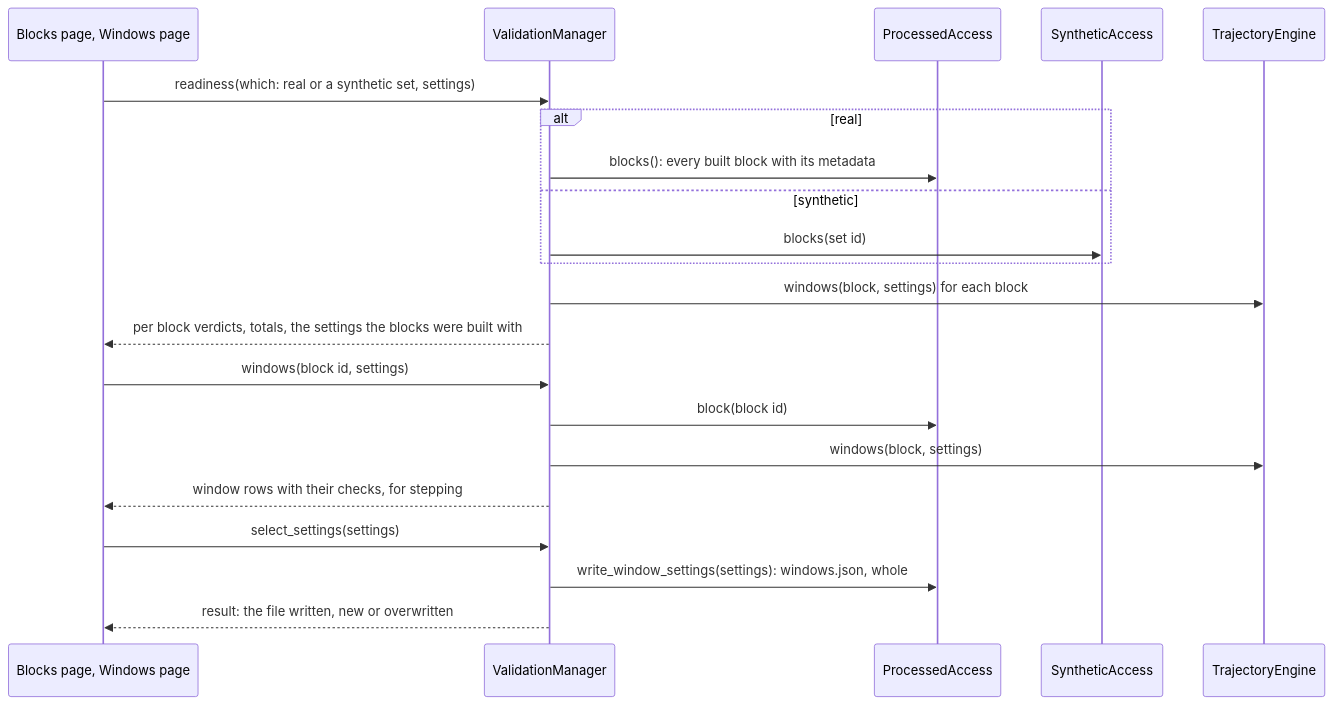
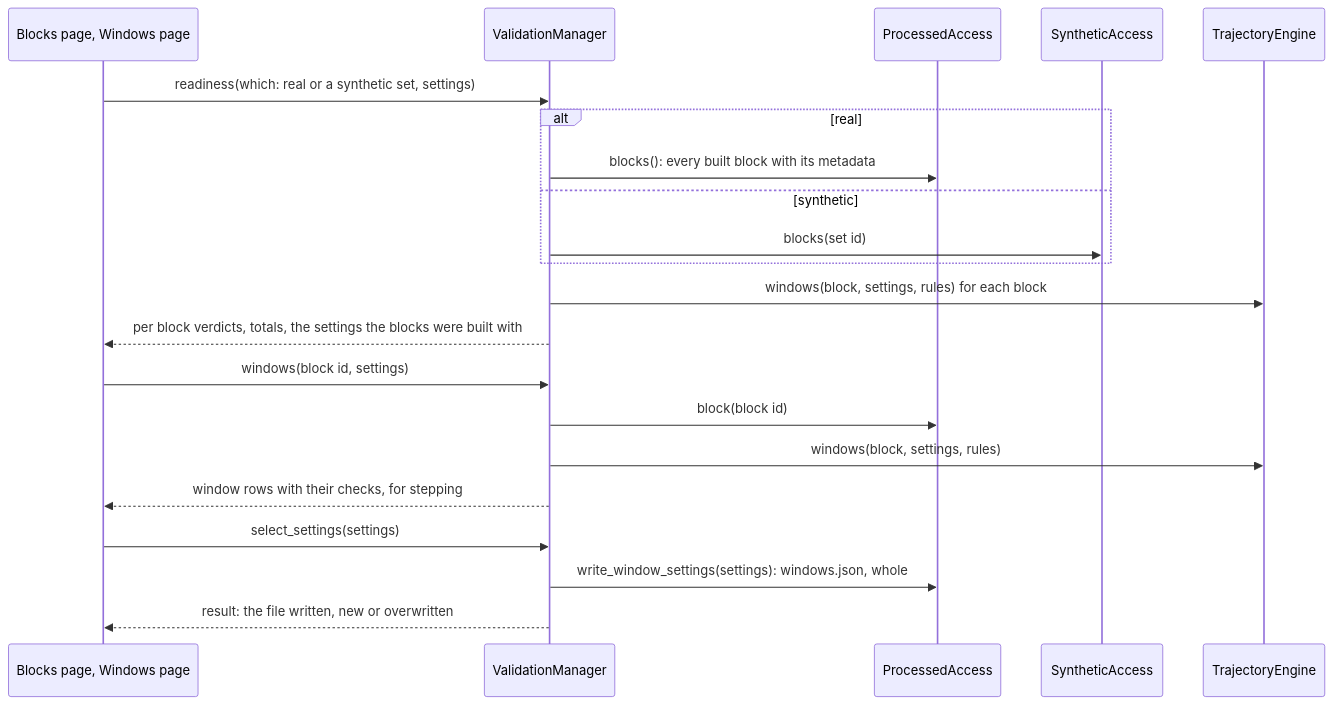
The fourth of 5 diagrams in ratreplay/docs/architecture.md (kshannon/axis-of-travel-rnn), drawn with Mermaid before and after one commit. The commit also changed other lines of this file and 6 other files, not shown here.

Commit message:
Fill TrajectoryEngine.windows with the rules as a third parameter, matching the old counts, rows and verdicts, the trip end found from the return path ids as before

````diff
--- a/ratreplay/docs/architecture.md
+++ b/ratreplay/docs/architecture.md
@@ -303,23 +308,23 @@
 ```mermaid
 sequenceDiagram
     participant P as Blocks page, Windows page
     participant VM as ValidationManager
     participant PA as ProcessedAccess
     participant SA as SyntheticAccess
     participant TE as TrajectoryEngine
     P->>VM: readiness(which: real or a synthetic set, settings)
     alt real
         VM->>PA: blocks(): every built block with its metadata
     else synthetic
         VM->>SA: blocks(set id)
     end
-    VM->>TE: windows(block, settings) for each block
+    VM->>TE: windows(block, settings, rules) for each block
     VM-->>P: per block verdicts, totals, the settings the blocks were built with
     P->>VM: windows(block id, settings)
     VM->>PA: block(block id)
-    VM->>TE: windows(block, settings)
+    VM->>TE: windows(block, settings, rules)
     VM-->>P: window rows with their checks, for stepping
     P->>VM: select_settings(settings)
     VM->>PA: write_window_settings(settings): windows.json, whole
     VM-->>P: result: the file written, new or overwritten
 ```
````
